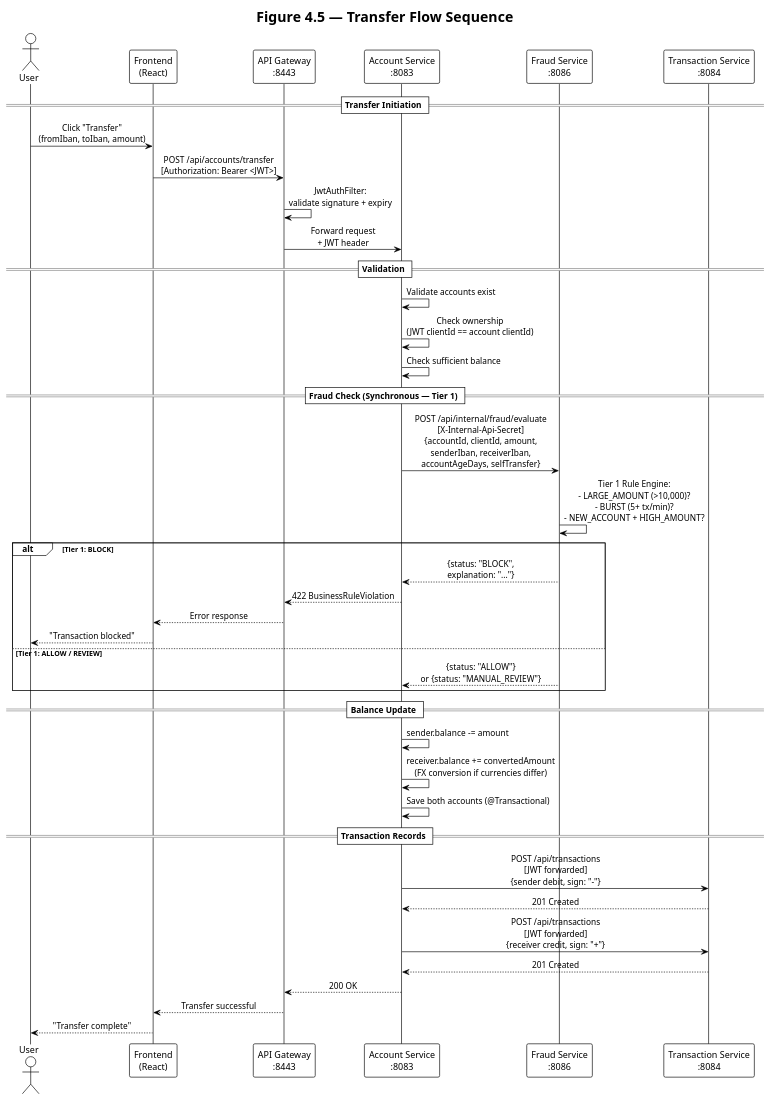
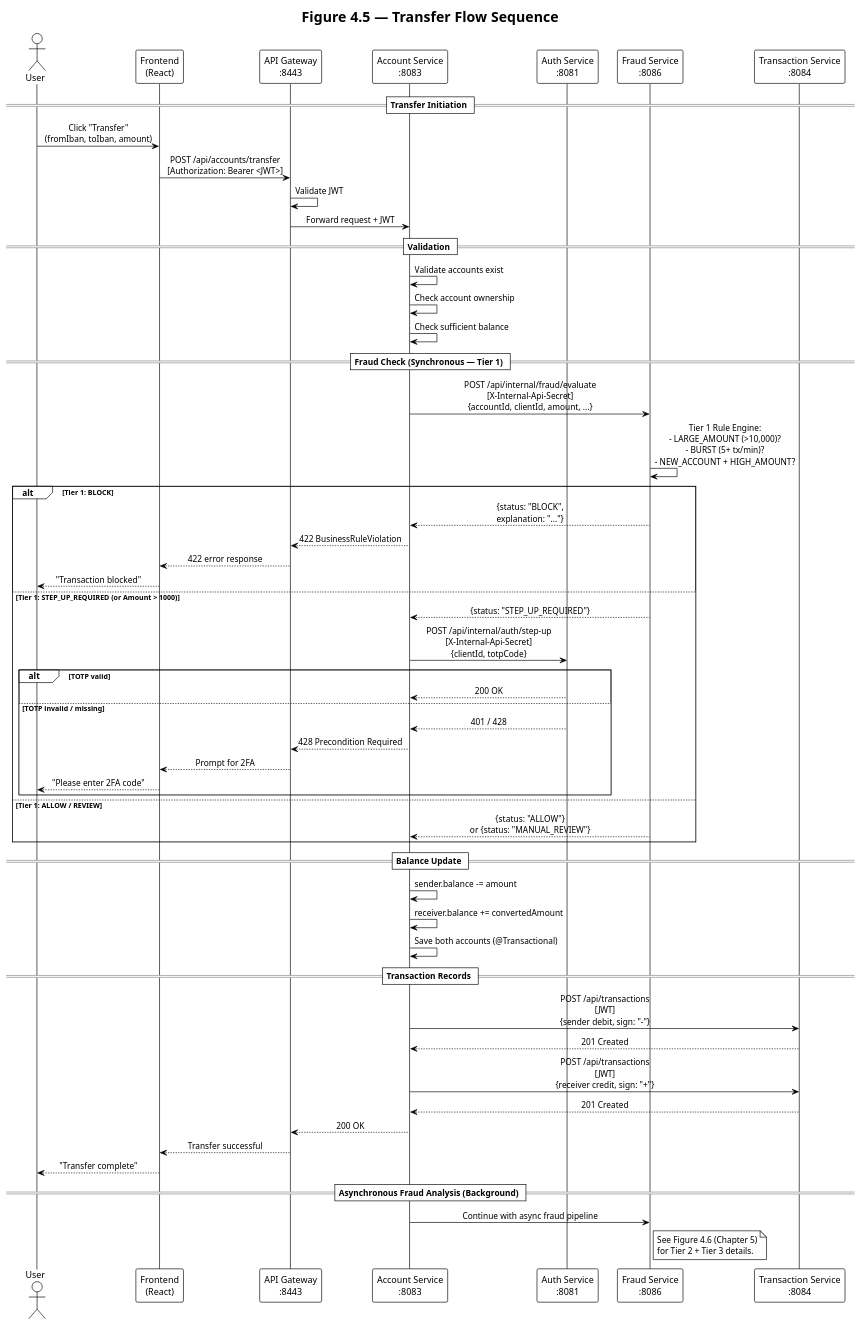
Before and after one commit to TurcanuTeodor/Online-Internet-Banking: the diagram in uml/chapter4/transfer-flow.puml, drawn with PlantUML. The commit also changed 12 other files, not shown here.

```diff
--- a/uml/chapter4/transfer-flow.puml
+++ b/uml/chapter4/transfer-flow.puml
@@ -1,57 +1,77 @@
 @startuml Transfer_Flow
 !theme plain
 skinparam backgroundColor white
 skinparam defaultFontName "Segoe UI"
 skinparam sequenceMessageAlign center
 
 title Figure 4.5 — Transfer Flow Sequence
 
 actor "User" as USER
 participant "Frontend\n(React)" as FE
 participant "API Gateway\n:8443" as GW
 participant "Account Service\n:8083" as ACC
+participant "Auth Service\n:8081" as AUTH
 participant "Fraud Service\n:8086" as FRAUD
 participant "Transaction Service\n:8084" as TX
 
 == Transfer Initiation ==
 USER -> FE : Click "Transfer"\n(fromIban, toIban, amount)
 FE -> GW : POST /api/accounts/transfer\n[Authorization: Bearer <JWT>]
-GW -> GW : JwtAuthFilter:\nvalidate signature + expiry
-GW -> ACC : Forward request\n+ JWT header
+GW -> GW : Validate JWT
+GW -> ACC : Forward request + JWT
 
 == Validation ==
 ACC -> ACC : Validate accounts exist
-ACC -> ACC : Check ownership\n(JWT clientId == account clientId)
+ACC -> ACC : Check account ownership
 ACC -> ACC : Check sufficient balance
 
 == Fraud Check (Synchronous — Tier 1) ==
-ACC -> FRAUD : POST /api/internal/fraud/evaluate\n[X-Internal-Api-Secret]\n{accountId, clientId, amount,\nsenderIban, receiverIban,\naccountAgeDays, selfTransfer}
+ACC -> FRAUD : POST /api/internal/fraud/evaluate\n[X-Internal-Api-Secret]\n{accountId, clientId, amount, ...}
 
 FRAUD -> FRAUD : Tier 1 Rule Engine:\n- LARGE_AMOUNT (>10,000)?\n- BURST (5+ tx/min)?\n- NEW_ACCOUNT + HIGH_AMOUNT?
 
 alt Tier 1: BLOCK
   FRAUD --> ACC : {status: "BLOCK",\nexplanation: "..."}
   ACC --> GW : 422 BusinessRuleViolation
-  GW --> FE : Error response
+  GW --> FE : 422 error response
   FE --> USER : "Transaction blocked"
+else Tier 1: STEP_UP_REQUIRED (or Amount > 1000)
+  FRAUD --> ACC : {status: "STEP_UP_REQUIRED"}
+  ACC -> AUTH : POST /api/internal/auth/step-up\n[X-Internal-Api-Secret]\n{clientId, totpCode}
+
+  alt TOTP valid
+      AUTH --> ACC : 200 OK
+  else TOTP invalid / missing
+      AUTH --> ACC : 401 / 428
+      ACC --> GW : 428 Precondition Required
+      GW --> FE : Prompt for 2FA
+      FE --> USER : "Please enter 2FA code"
+  end
 else Tier 1: ALLOW / REVIEW
   FRAUD --> ACC : {status: "ALLOW"}\nor {status: "MANUAL_REVIEW"}
 end
 
 == Balance Update ==
 ACC -> ACC : sender.balance -= amount
-ACC -> ACC : receiver.balance += convertedAmount\n(FX conversion if currencies differ)
+ACC -> ACC : receiver.balance += convertedAmount
 ACC -> ACC : Save both accounts (@Transactional)
 
 == Transaction Records ==
-ACC -> TX : POST /api/transactions\n[JWT forwarded]\n{sender debit, sign: "-"}
+ACC -> TX : POST /api/transactions\n[JWT]\n{sender debit, sign: "-"}
 TX --> ACC : 201 Created
 
-ACC -> TX : POST /api/transactions\n[JWT forwarded]\n{receiver credit, sign: "+"}
+ACC -> TX : POST /api/transactions\n[JWT]\n{receiver credit, sign: "+"}
 TX --> ACC : 201 Created
 
 ACC --> GW : 200 OK
 GW --> FE : Transfer successful
 FE --> USER : "Transfer complete"
 
+== Asynchronous Fraud Analysis (Background) ==
+ACC -> FRAUD : Continue with async fraud pipeline
+note right of FRAUD
+See Figure 4.6 (Chapter 5)
+for Tier 2 + Tier 3 details.
+end note
+
 @enduml
```
